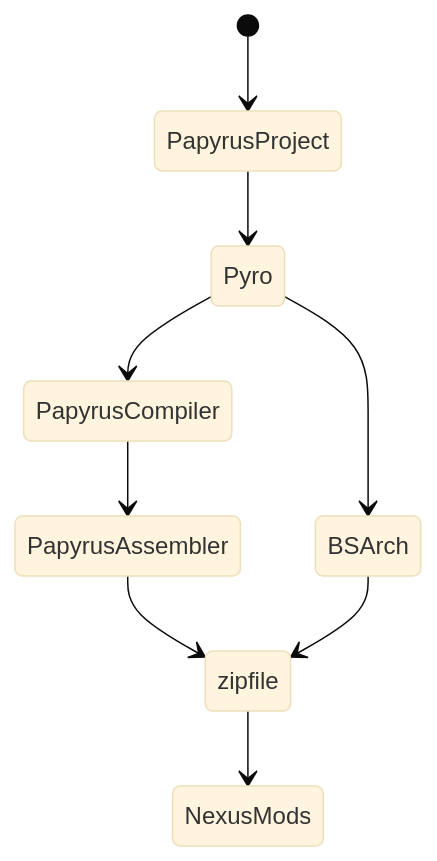
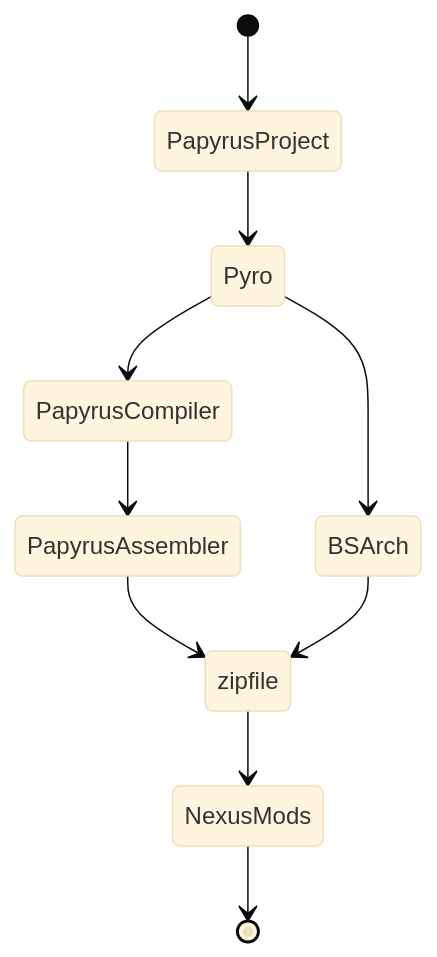
Before and after one commit to fireundubh/playwithfire: the first of 3 diagrams in pyro/workflows.md, drawn with Mermaid (base theme). The commit also changed other lines of this file, not shown here.

````diff
--- a/pyro/workflows.md
+++ b/pyro/workflows.md
@@ -28,11 +28,12 @@
 ```mermaid
 stateDiagram
   [*] --> PapyrusProject
 	PapyrusProject --> Pyro
 	Pyro --> PapyrusCompiler
   PapyrusCompiler --> PapyrusAssembler
   Pyro --> BSArch
   PapyrusAssembler --> zipfile
   BSArch --> zipfile
   zipfile --> NexusMods
+  NexusMods --> [*]
 ```
````
